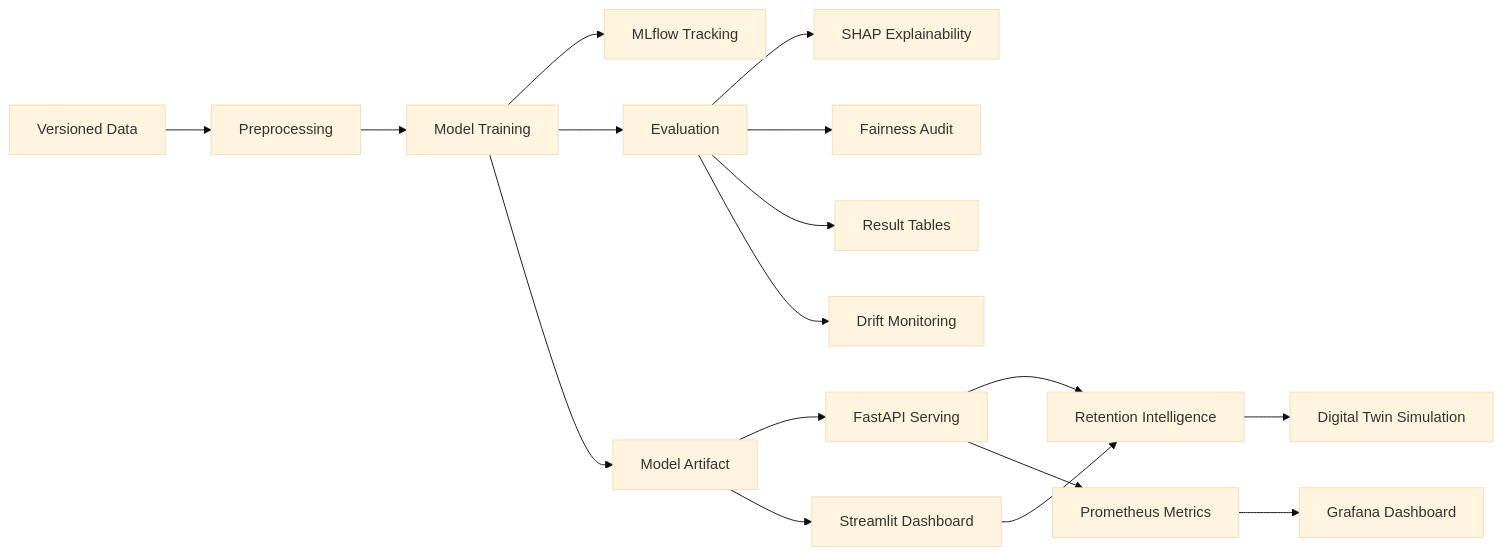
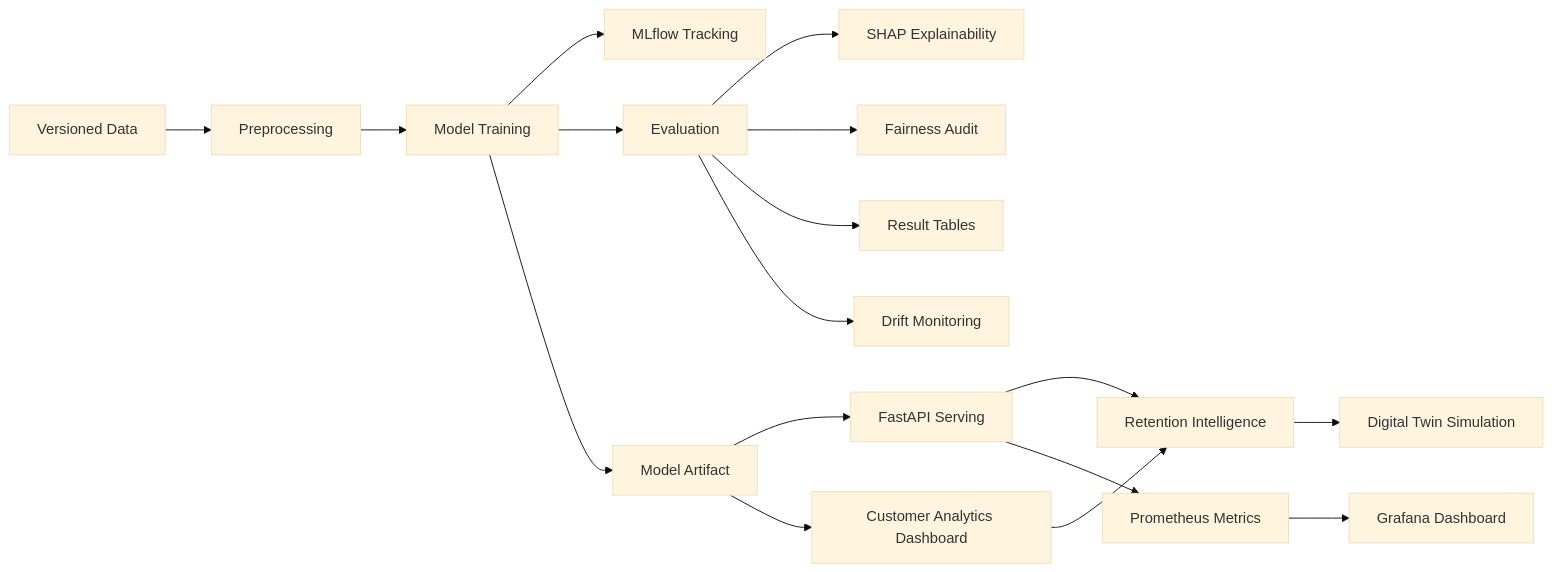
Before and after one commit to YASHASSHETTYYY/churn: the diagram in README.md, drawn with Mermaid (base theme). The commit also changed other lines of this file and 3 other files, not shown here.

````diff
--- a/README.md
+++ b/README.md
@@ -50,19 +50,19 @@
 ```mermaid
 flowchart LR
   A[Versioned Data] --> B[Preprocessing]
   B --> C[Model Training]
   C --> D[MLflow Tracking]
   C --> E[Evaluation]
   E --> F[SHAP Explainability]
   E --> G[Fairness Audit]
   E --> H[Result Tables]
   C --> I[Model Artifact]
   I --> J[FastAPI Serving]
-  I --> K[Streamlit Dashboard]
+  I --> K[Customer Analytics Dashboard]
   J --> L[Retention Intelligence]
   K --> L
   L --> M[Digital Twin Simulation]
   J --> N[Prometheus Metrics]
   N --> O[Grafana Dashboard]
   E --> P[Drift Monitoring]
 ```
````
